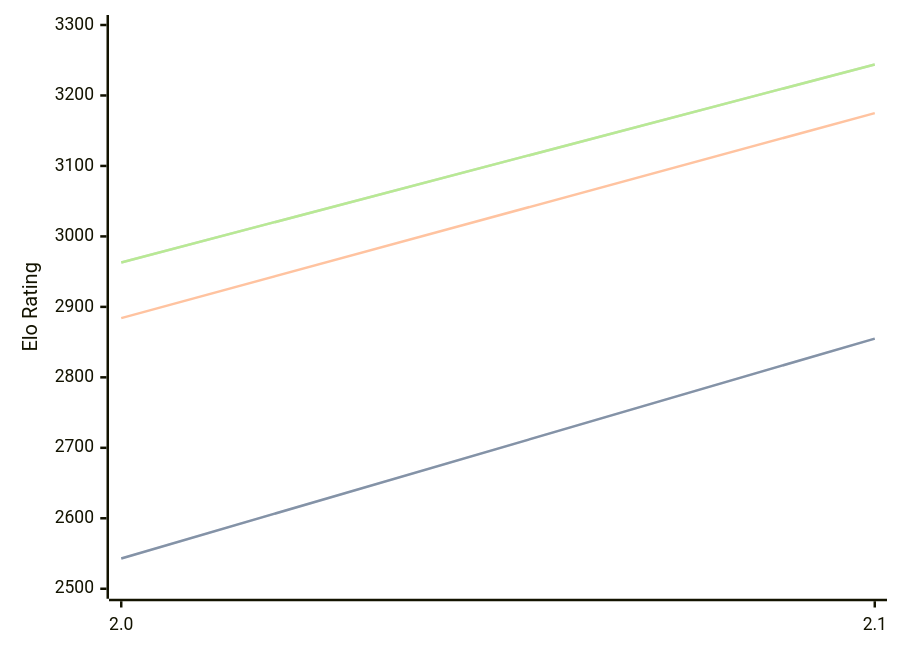
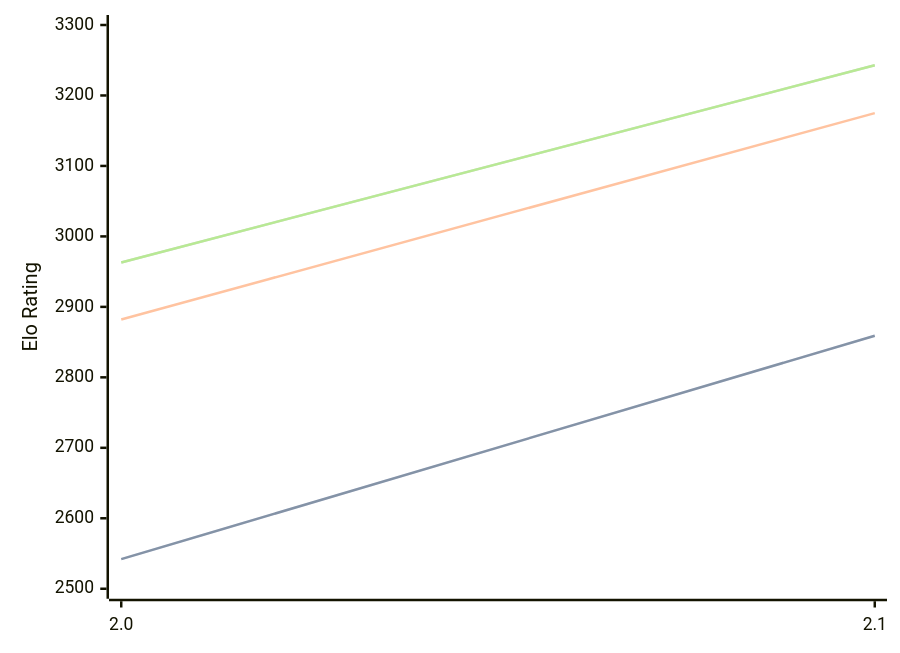
The diagram in engines/Tunguska.md (computer-chess-index/cci), drawn with Mermaid before and after one commit. The commit also changed other lines of this file, not shown here.

Commit message:
Update CCI Ratings (ELO VLTC) - 2026-04-17

````diff
--- a/engines/Tunguska.md
+++ b/engines/Tunguska.md
@@ -32,11 +32,11 @@
 ```mermaid
 %%{init: {"theme":"base","themeVariables":{"seriesColors:['#a3a3a3','#222221','#faa371']}}}%%
 xychart-beta
   x-axis ["2.0", "2.1"]
   y-axis "Elo Rating" 2500 --> 3300
-  line "STC (8.0+0.08s)" [2543, 2855]
-  line "STC (8.0+0.08s)" [2543, 2855]
-  line "LTC (60.0+0.60s)" [2884, 3175]
-  line "VLTC (2m24s+1.12s)" [2963, 3244]
-  line "VLTC (2m24s+1.12s)" [2963, 3244]
+  line "STC (8.0+0.08s)" [2542, 2859]
+  line "STC (8.0+0.08s)" [2542, 2859]
+  line "LTC (60.0+0.60s)" [2882, 3175]
+  line "VLTC (2m24s+1.12s)" [2963, 3243]
+  line "VLTC (2m24s+1.12s)" [2963, 3243]
 ```
````
